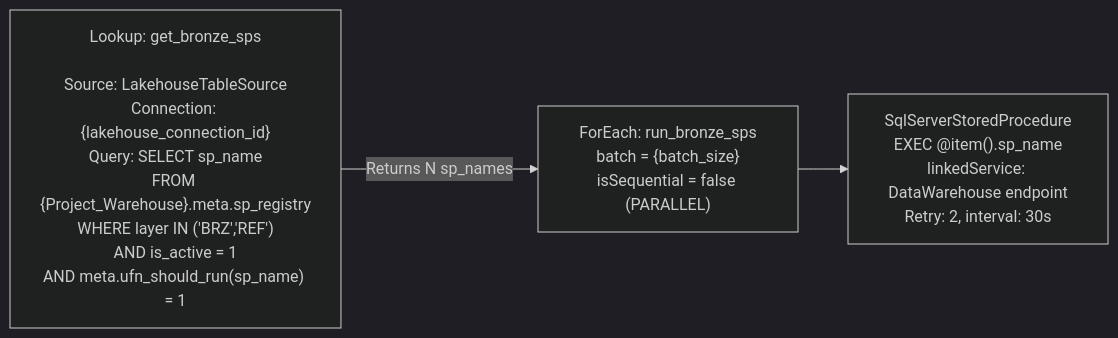
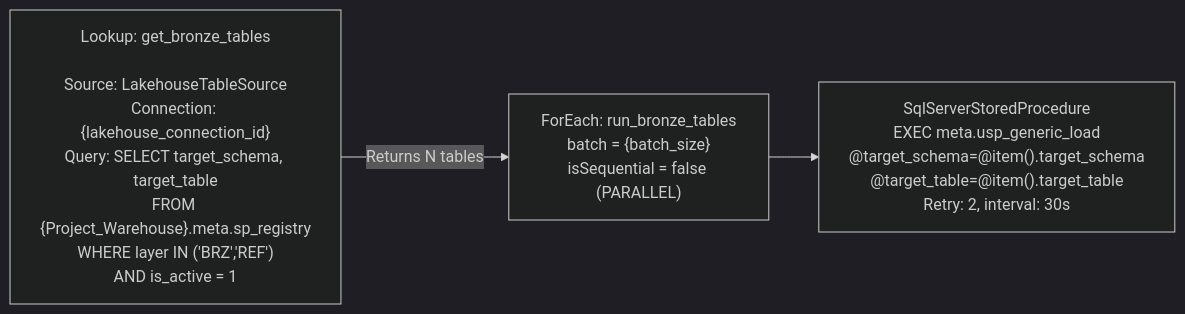
Before and after one commit to ankinguyen-engineer-2002/Fabric-v9-Warehouse-Medallion: the third of 13 diagrams in Fabric_Architect/template_architecture.md, drawn with Mermaid (dark theme). The commit also changed other lines of this file and 7 other files, not shown here.

First line of the commit message:
Generic SP migration: 28 per-table SPs → 1 meta.usp_generic_load

````diff
--- a/Fabric_Architect/template_architecture.md
+++ b/Fabric_Architect/template_architecture.md
@@ -175,11 +167,11 @@
 ```mermaid
 flowchart LR
-    L["Lookup: get_bronze_sps\n\nSource: LakehouseTableSource\nConnection: {lakehouse_connection_id}\nQuery: SELECT sp_name\nFROM {Project_Warehouse}.meta.sp_registry\nWHERE layer IN ('BRZ','REF')\nAND is_active = 1\nAND meta.ufn_should_run(sp_name) = 1"]
+    L["Lookup: get_bronze_tables\n\nSource: LakehouseTableSource\nConnection: {lakehouse_connection_id}\nQuery: SELECT target_schema, target_table\nFROM {Project_Warehouse}.meta.sp_registry\nWHERE layer IN ('BRZ','REF')\nAND is_active = 1"]
 
-    F["ForEach: run_bronze_sps\nbatch = {batch_size}\nisSequential = false (PARALLEL)"]
+    F["ForEach: run_bronze_tables\nbatch = {batch_size}\nisSequential = false (PARALLEL)"]
 
-    SP["SqlServerStoredProcedure\nEXEC @item().sp_name\nlinkedService: DataWarehouse endpoint\nRetry: 2, interval: 30s"]
+    SP["SqlServerStoredProcedure\nEXEC meta.usp_generic_load\n@target_schema=@item().target_schema\n@target_table=@item().target_table\nRetry: 2, interval: 30s"]
 
-    L -->|"Returns N sp_names"| F
+    L -->|"Returns N tables"| F
     F --> SP
 ```
````
